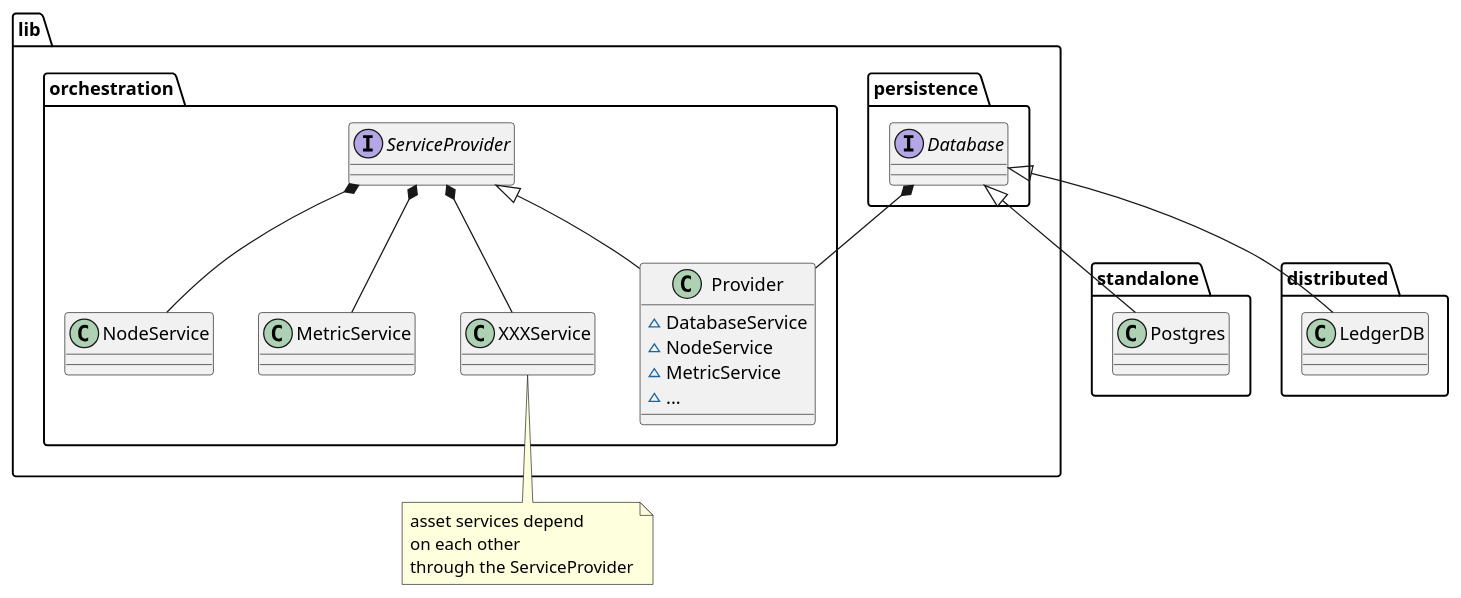
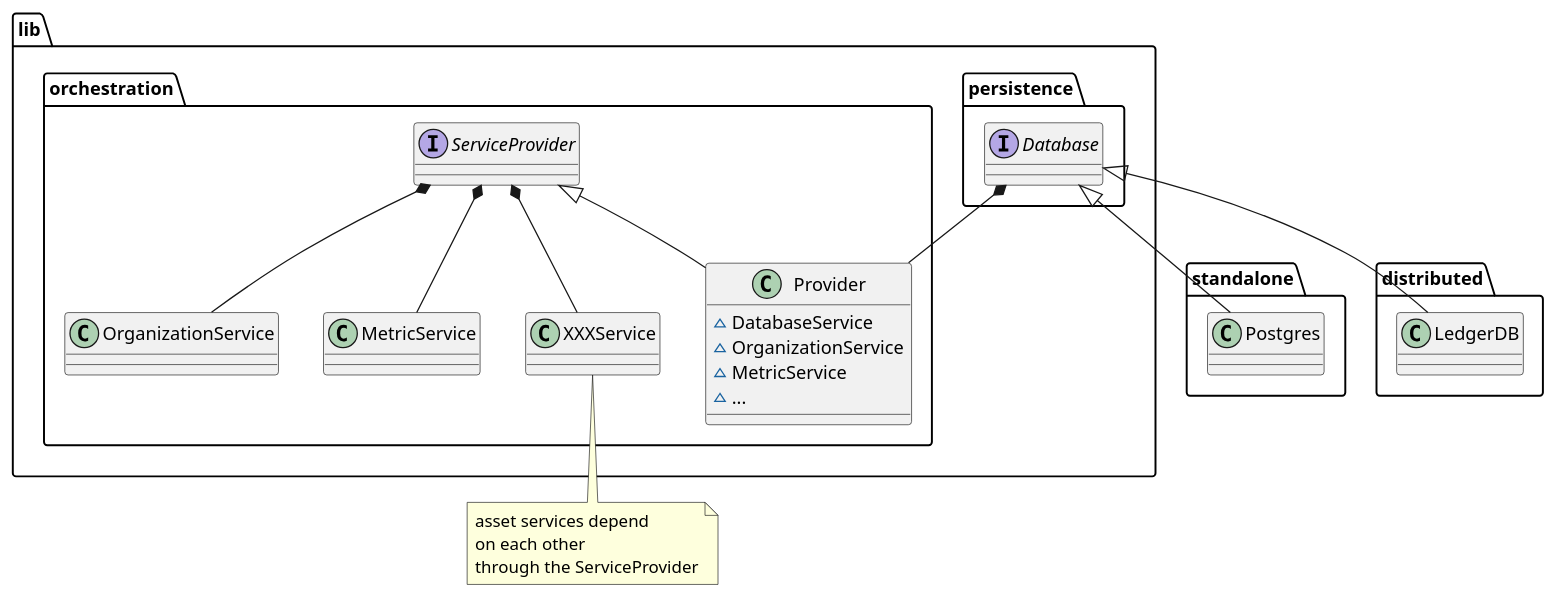
One commit to Substra/orchestrator changed the diagram in docs/schemas/orchestration.plantuml. Above: the diagram before and after it, drawn with PlantUML. The commit also changed 61 other files, not shown here.

First line of the commit message:
feat!: rename node to organization (#730)

```diff
--- a/docs/schemas/orchestration.plantuml
+++ b/docs/schemas/orchestration.plantuml
@@ -1,26 +1,26 @@
 @startuml
 
 interface lib.persistence.Database
 lib.persistence.Database <|-- standalone.Postgres
 lib.persistence.Database <|-- distributed.LedgerDB
 
 lib.persistence.Database *-- lib.orchestration.Provider
 interface lib.orchestration.ServiceProvider
 class lib.orchestration.Provider {
   ~DatabaseService
-  ~NodeService
+  ~OrganizationService
   ~MetricService
   ~...
 }
 lib.orchestration.ServiceProvider <|-- lib.orchestration.Provider
 
-lib.orchestration.ServiceProvider *-- lib.orchestration.NodeService
+lib.orchestration.ServiceProvider *-- lib.orchestration.OrganizationService
 lib.orchestration.ServiceProvider *-- lib.orchestration.MetricService
 lib.orchestration.ServiceProvider *-- lib.orchestration.XXXService
 note bottom
 asset services depend
 on each other
 through the ServiceProvider
 end note
 
 @enduml
```
